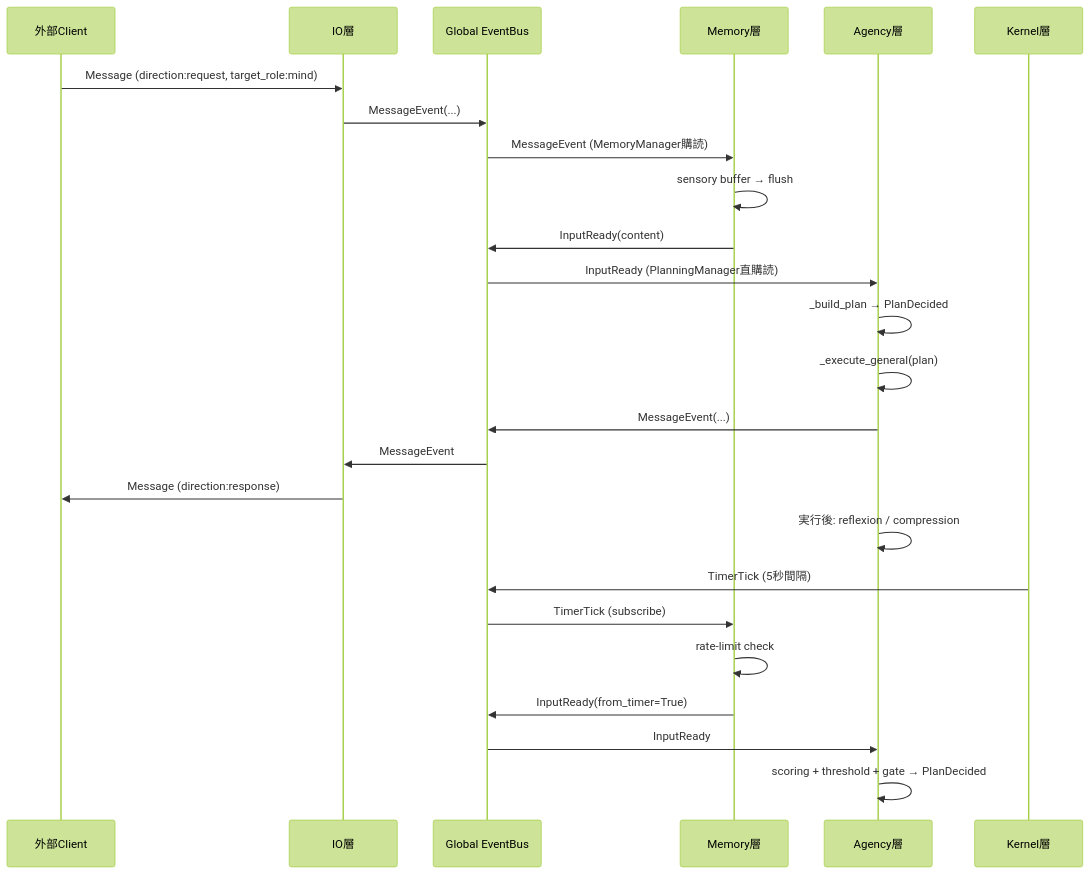
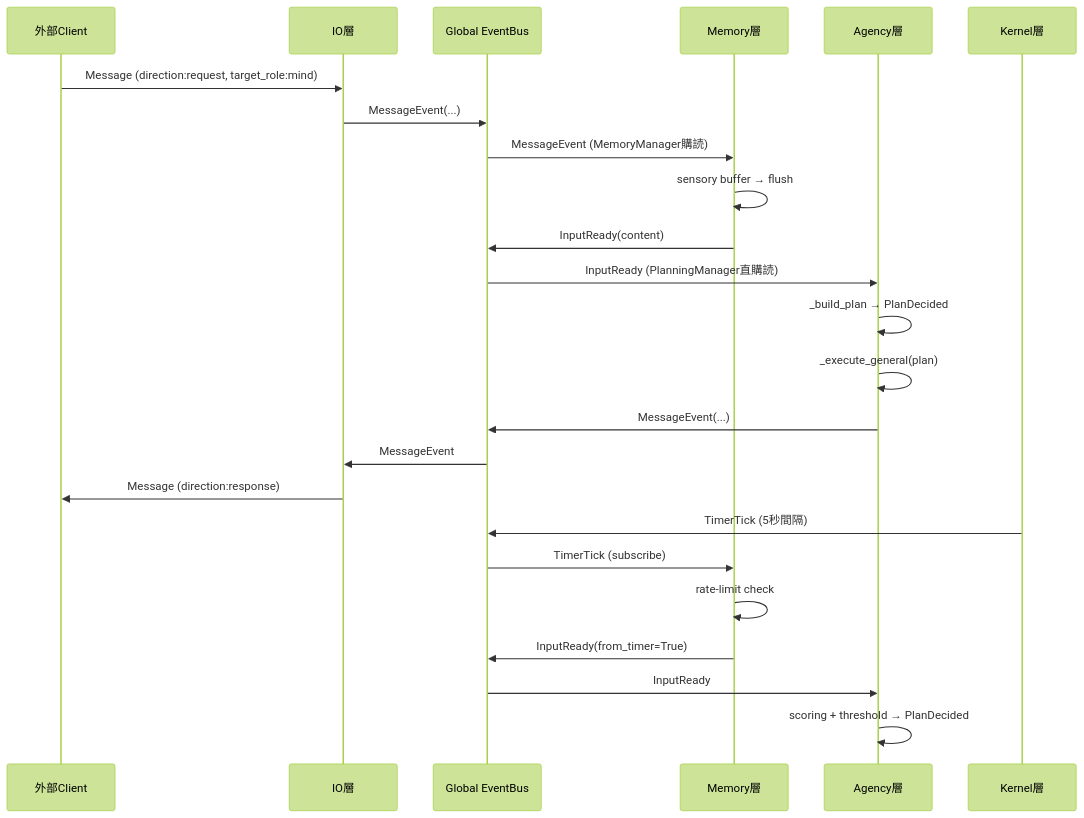
Before and after one commit to ibukani/iris-mind: the second of 4 diagrams in docs/architecture.md, drawn with Mermaid (forest theme). The commit also changed other lines of this file and 14 other files, not shown here.

````diff
--- a/docs/architecture.md
+++ b/docs/architecture.md
@@ -90,29 +71,28 @@
 ```mermaid
 sequenceDiagram
     participant TCP as 外部Client
     participant IO as IO層
     participant EB as Global EventBus
     participant MEM as Memory層
     participant AG as Agency層
     participant KRN as Kernel層
 
     TCP->>IO: Message (direction:request, target_role:mind)
     IO->>EB: MessageEvent(...)
     EB->>MEM: MessageEvent (MemoryManager購読)
     MEM->>MEM: sensory buffer → flush
     MEM->>EB: InputReady(content)
     EB->>AG: InputReady (PlanningManager直購読)
     AG->>AG: _build_plan → PlanDecided
     AG->>AG: _execute_general(plan)
     AG->>EB: MessageEvent(...)
     EB->>IO: MessageEvent
     IO->>TCP: Message (direction:response)
-    AG->>AG: 実行後: reflexion / compression
 
     KRN->>EB: TimerTick (5秒間隔)
     EB->>MEM: TimerTick (subscribe)
     MEM->>MEM: rate-limit check
     MEM->>EB: InputReady(from_timer=True)
     EB->>AG: InputReady
-    AG->>AG: scoring + threshold + gate → PlanDecided
+    AG->>AG: scoring + threshold → PlanDecided
 ```
````
